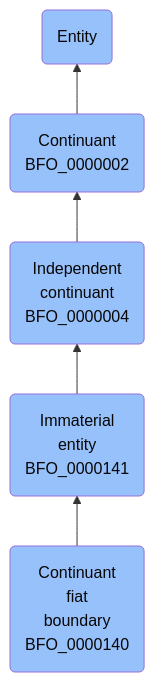
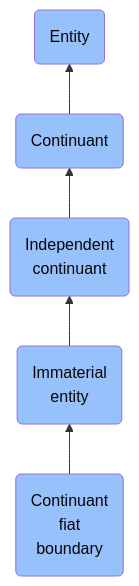
The diagram in docs/ontology/reference/model/Entity/Continuant/Independent continuant/Immaterial entity/Continuant fiat boundary/Continuant fiat boundary.md (jupyter-naas/abi), drawn with Mermaid before and after one commit. The commit also changed other lines of this file and 1430 other files, not shown here.

````diff
--- a/docs/ontology/reference/model/Entity/Continuant/Independent continuant/Immaterial entity/Continuant fiat boundary/Continuant fiat boundary.md
+++ b/docs/ontology/reference/model/Entity/Continuant/Independent continuant/Immaterial entity/Continuant fiat boundary/Continuant fiat boundary.md
@@ -24,12 +24,12 @@
 ```mermaid
 graph BT
-    BFO_0000140(Continuant<br>fiat<br>boundary<br>BFO_0000140):::BFO-->BFO_0000141
-    BFO_0000141(Immaterial<br>entity<br>BFO_0000141):::BFO-->BFO_0000004
-    BFO_0000004(Independent<br>continuant<br>BFO_0000004):::BFO-->BFO_0000002
-    BFO_0000002(Continuant<br>BFO_0000002):::BFO-->BFO_0000001
+    BFO_0000140(Continuant<br>fiat<br>boundary):::BFO-->BFO_0000141
+    BFO_0000141(Immaterial<br>entity):::BFO-->BFO_0000004
+    BFO_0000004(Independent<br>continuant):::BFO-->BFO_0000002
+    BFO_0000002(Continuant):::BFO-->BFO_0000001
     BFO_0000001(Entity):::BFO
     
     classDef BFO fill:#97c1fb,color:#060606
     classDef CCO fill:#e4c51e,color:#060606
     classDef ABI fill:#48DD82,color:#060606
 ```
````
